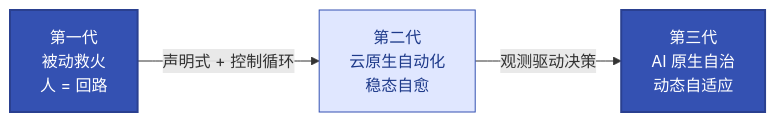
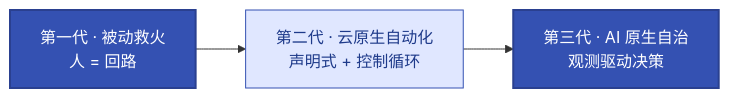
One commit to jackiesre721/ai-native-ops changed the diagram in docs/01-cloudnative-ai-evolution.md. Above: the diagram before and after it, drawn with Mermaid. The commit also changed 1 other file, not shown here.

Commit message:
fix: mermaid边线标签可读性——长标签移进节点框
- ch1 三代跃迁:'声明式+控制循环''观测驱动决策'从边线移进节点框
  (有色背景看得清,边线只留箭头)
- ch12 trace树:'时间对齐(RED桥)''exemplar→trace_id'简化为短标签
  '时间对齐''exemplar'(详细解释在正文)

````diff
--- a/docs/01-cloudnative-ai-evolution.md
+++ b/docs/01-cloudnative-ai-evolution.md
@@ -12,10 +12,9 @@
 ```mermaid
 flowchart LR
-    G1["第一代<br/>被动救火<br/>人 = 回路"] -->|声明式 + 控制循环| G2["第二代<br/>云原生自动化<br/>稳态自愈"]
-    G2 -->|观测驱动决策| G3["第三代<br/>AI 原生自治<br/>动态自适应"]
+    G1["第一代 · 被动救火<br/>人 = 回路"] --> G2["第二代 · 云原生自动化<br/>声明式 + 控制循环"]
+    G2 --> G3["第三代 · AI 原生自治<br/>观测驱动决策"]
     classDef start fill:#3451b2,color:#fff,stroke:#2a4090,stroke-width:2px
     classDef proc fill:#e0e7ff,stroke:#3451b2,color:#1e3a8a
-    class G1 start
+    class G1,G3 start
     class G2 proc
-    class G3 start
 ```
````
